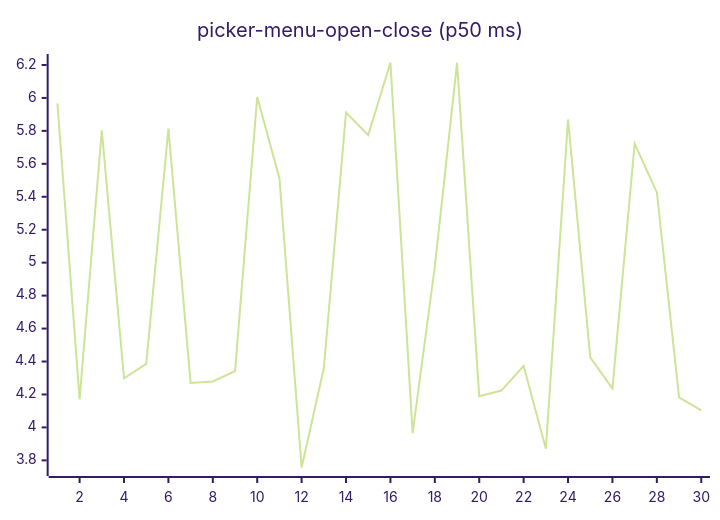
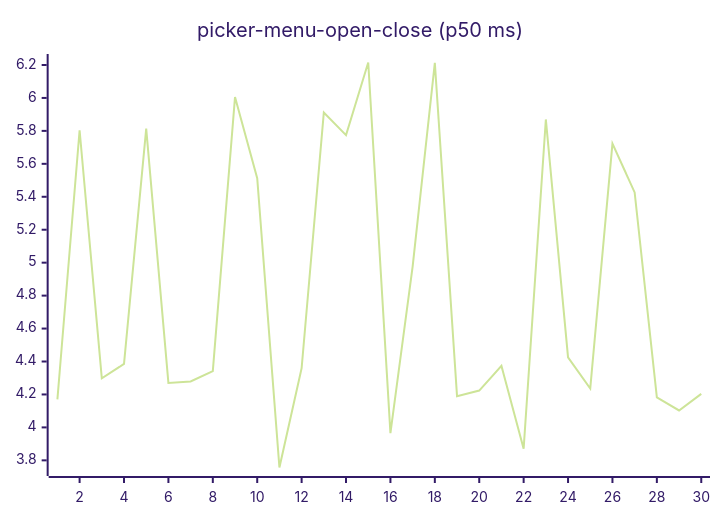
Diagram 16 of 27 in README.md (josha/Facet), drawn with Mermaid (forest theme) before and after one commit. The commit also changed other lines of this file and 2 other files, not shown here.

````diff
--- a/README.md
+++ b/README.md
@@ -168,6 +168,6 @@
 ```mermaid
 xychart-beta
     title "picker-menu-open-close (p50 ms)"
     x-axis 1 --> 30
-    line [5.9674, 4.1698, 5.8037, 4.2981, 4.3851, 5.8139, 4.2694, 4.2792, 4.3416, 6.0052, 5.5122, 3.7566, 4.3593, 5.9114, 5.7740, 6.2151, 3.9652, 4.9760, 6.2132, 4.1891, 4.2236, 4.3733, 3.8708, 5.8694, 4.4248, 4.2362, 5.7230, 5.4264, 4.1828, 4.1028]
+    line [4.1698, 5.8037, 4.2981, 4.3851, 5.8139, 4.2694, 4.2792, 4.3416, 6.0052, 5.5122, 3.7566, 4.3593, 5.9114, 5.7740, 6.2151, 3.9652, 4.9760, 6.2132, 4.1891, 4.2236, 4.3733, 3.8708, 5.8694, 4.4248, 4.2362, 5.7230, 5.4264, 4.1828, 4.1028, 4.2034]
 ```
````
